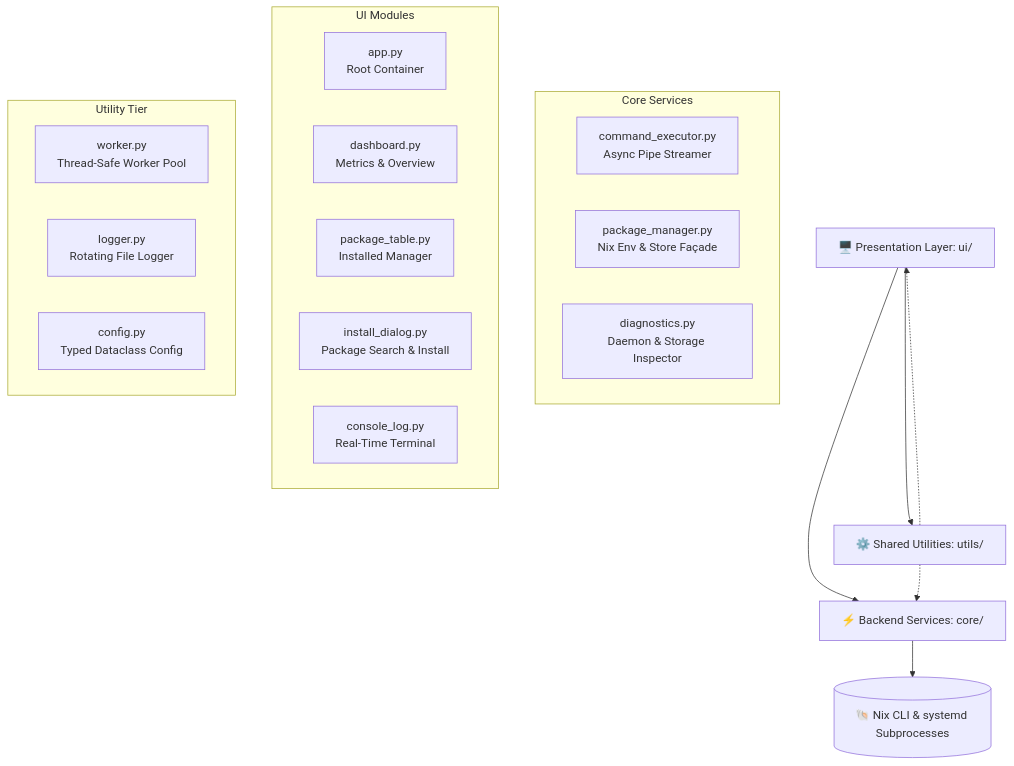
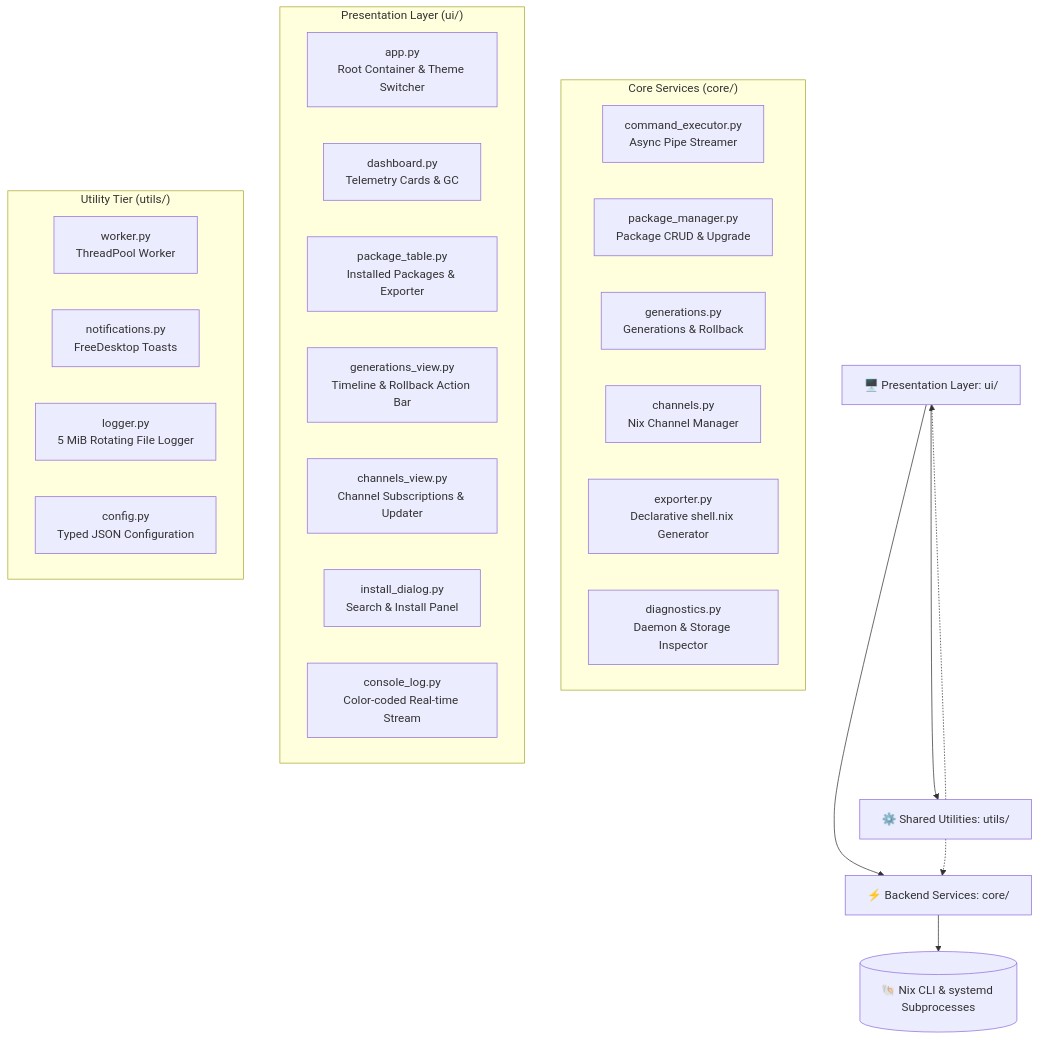
The diagram in README.md (MikeeeDeV/NixManagerPro), drawn with Mermaid before and after one commit. The commit also changed other lines of this file, not shown here.

Commit message:
docs(release): overhaul README for v1.2.0 with desktop guide, CI badges, and architecture

````diff
--- a/README.md
+++ b/README.md
@@ -52,28 +57,34 @@
 ```mermaid
 graph TD
     UI[🖥️ Presentation Layer: ui/] --> Utils[⚙️ Shared Utilities: utils/]
     UI --> Core[⚡ Backend Services: core/]
     Core --> Subproc[(🐚 Nix CLI & systemd Subprocesses)]
     Utils -.-> UI
     Utils -.-> Core
 
-    subgraph "Core Services"
+    subgraph "Core Services (core/)"
         CE[command_executor.py<br/>Async Pipe Streamer]
-        PM[package_manager.py<br/>Nix Env & Store Façade]
+        PM[package_manager.py<br/>Package CRUD & Upgrade]
+        GEN[generations.py<br/>Generations & Rollback]
+        CHAN[channels.py<br/>Nix Channel Manager]
+        EXP[exporter.py<br/>Declarative shell.nix Generator]
         DG[diagnostics.py<br/>Daemon & Storage Inspector]
     end
 
-    subgraph "UI Modules"
-        APP[app.py<br/>Root Container]
-        DASH[dashboard.py<br/>Metrics & Overview]
-        PKGT[package_table.py<br/>Installed Manager]
-        INST[install_dialog.py<br/>Package Search & Install]
-        CONS[console_log.py<br/>Real-Time Terminal]
+    subgraph "Presentation Layer (ui/)"
+        APP[app.py<br/>Root Container & Theme Switcher]
+        DASH[dashboard.py<br/>Telemetry Cards & GC]
+        PKGT[package_table.py<br/>Installed Packages & Exporter]
+        GENV[generations_view.py<br/>Timeline & Rollback Action Bar]
+        CHANV[channels_view.py<br/>Channel Subscriptions & Updater]
+        INST[install_dialog.py<br/>Search & Install Panel]
+        CONS[console_log.py<br/>Color-coded Real-time Stream]
     end
 
-    subgraph "Utility Tier"
-        WORK[worker.py<br/>Thread-Safe Worker Pool]
-        LOGG[logger.py<br/>Rotating File Logger]
-        CONF[config.py<br/>Typed Dataclass Config]
+    subgraph "Utility Tier (utils/)"
+        WORK[worker.py<br/>ThreadPool Worker]
+        NOTIF[notifications.py<br/>FreeDesktop Toasts]
+        LOGG[logger.py<br/>5 MiB Rotating File Logger]
+        CONF[config.py<br/>Typed JSON Configuration]
     end
 ```
````
